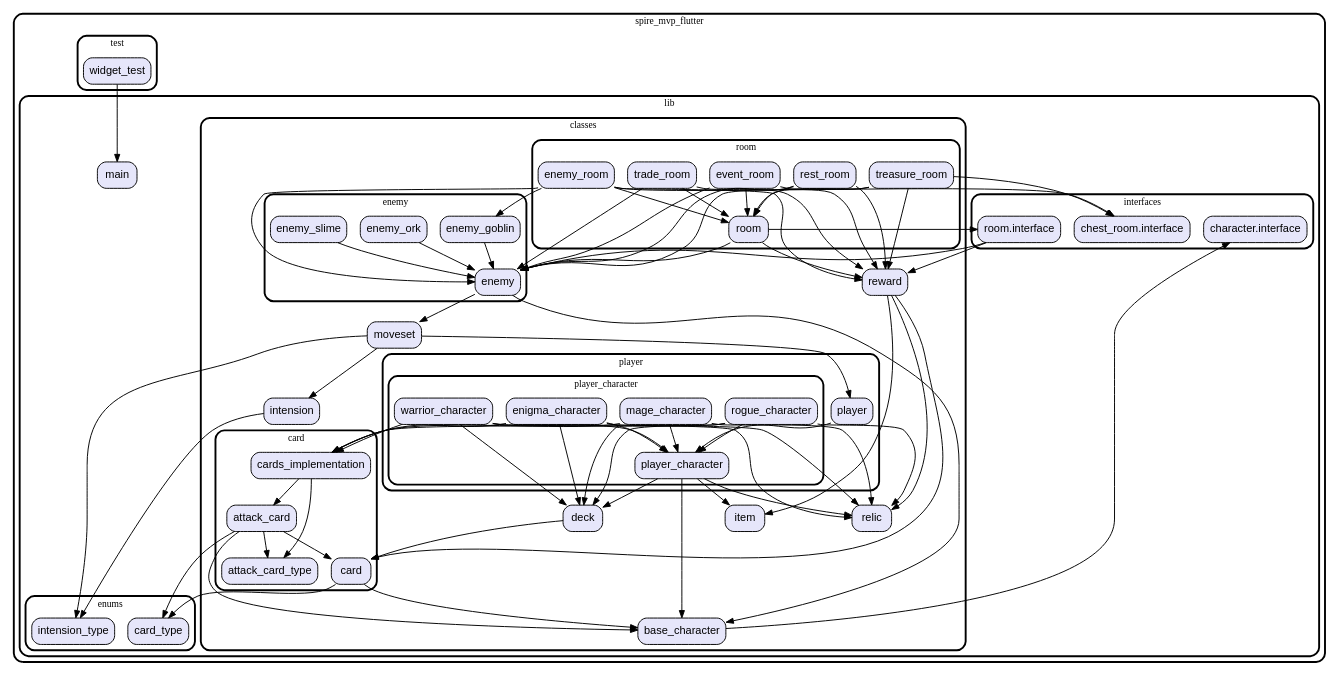
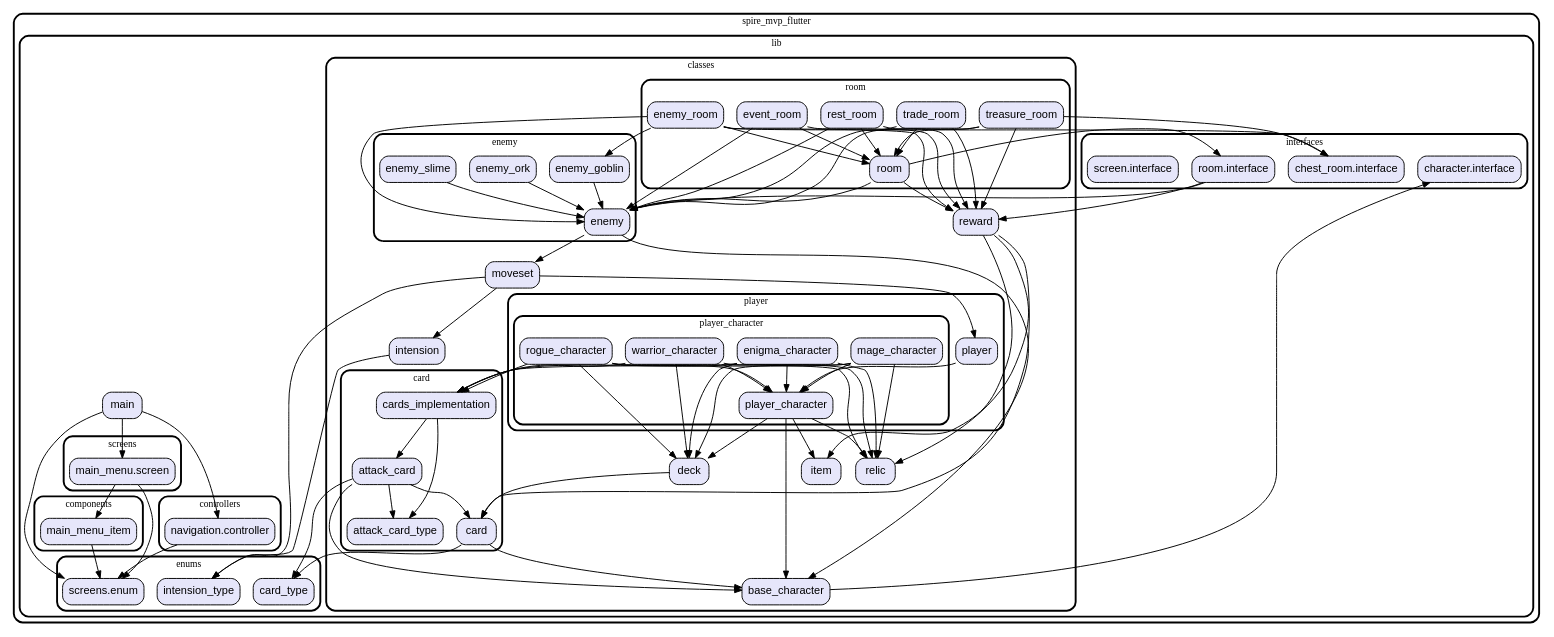
The diagram in spire_mvp_flutter/classes.dot (letier3110/mathpunk), drawn with Graphviz before and after one commit. The commit also changed 2 other files, not shown here.

Commit message:
update diagrams

```diff
--- a/spire_mvp_flutter/classes.dot
+++ b/spire_mvp_flutter/classes.dot
@@ -1,173 +1,193 @@
 digraph "" {
   graph [style=rounded fontname="Arial Black" fontsize=13 penwidth=2.6];
   node [shape=rect style="filled,rounded" fontname=Arial fontsize=15 fillcolor=Lavender penwidth=1.3];
   edge [penwidth=1.3];
   "/lib/classes/base_character.dart" [label="base_character"];
   "/lib/classes/card/attack_card.dart" [label="attack_card"];
   "/lib/classes/card/attack_card_type.dart" [label="attack_card_type"];
   "/lib/classes/card/card.dart" [label="card"];
   "/lib/classes/card/cards_implementation.dart" [label="cards_implementation"];
   "/lib/classes/deck.dart" [label="deck"];
   "/lib/classes/enemy/enemy.dart" [label="enemy"];
   "/lib/classes/enemy/enemy_goblin.dart" [label="enemy_goblin"];
   "/lib/classes/enemy/enemy_ork.dart" [label="enemy_ork"];
   "/lib/classes/enemy/enemy_slime.dart" [label="enemy_slime"];
   "/lib/classes/intension.dart" [label="intension"];
   "/lib/classes/item.dart" [label="item"];
   "/lib/classes/moveset.dart" [label="moveset"];
   "/lib/classes/player/player.dart" [label="player"];
   "/lib/classes/player/player_character/enigma_character.dart" [label="enigma_character"];
   "/lib/classes/player/player_character/mage_character.dart" [label="mage_character"];
   "/lib/classes/player/player_character/player_character.dart" [label="player_character"];
   "/lib/classes/player/player_character/rogue_character.dart" [label="rogue_character"];
   "/lib/classes/player/player_character/warrior_character.dart" [label="warrior_character"];
   "/lib/classes/relic.dart" [label="relic"];
   "/lib/classes/reward.dart" [label="reward"];
   "/lib/classes/room/enemy_room.dart" [label="enemy_room"];
   "/lib/classes/room/event_room.dart" [label="event_room"];
   "/lib/classes/room/rest_room.dart" [label="rest_room"];
   "/lib/classes/room/room.dart" [label="room"];
   "/lib/classes/room/trade_room.dart" [label="trade_room"];
   "/lib/classes/room/treasure_room.dart" [label="treasure_room"];
+  "/lib/components/main_menu_item.dart" [label="main_menu_item"];
+  "/lib/controllers/navigation.controller.dart" [label="navigation.controller"];
   "/lib/enums/card_type.dart" [label="card_type"];
   "/lib/enums/intension_type.dart" [label="intension_type"];
+  "/lib/enums/screens.enum.dart" [label="screens.enum"];
   "/lib/interfaces/character.interface.dart" [label="character.interface"];
   "/lib/interfaces/chest_room.interface.dart" [label="chest_room.interface"];
   "/lib/interfaces/room.interface.dart" [label="room.interface"];
+  "/lib/interfaces/screen.interface.dart" [label="screen.interface"];
   "/lib/main.dart" [label="main"];
-  "/test/widget_test.dart" [label="widget_test"];
+  "/lib/screens/main_menu.screen.dart" [label="main_menu.screen"];
   subgraph "cluster~" {
     label="spire_mvp_flutter";
     subgraph "cluster~/lib" {
       label="lib";
       "/lib/main.dart";
       subgraph "cluster~/lib/classes" {
         label="classes";
         "/lib/classes/base_character.dart";
         "/lib/classes/deck.dart";
         "/lib/classes/intension.dart";
         "/lib/classes/item.dart";
         "/lib/classes/moveset.dart";
         "/lib/classes/relic.dart";
         "/lib/classes/reward.dart";
         subgraph "cluster~/lib/classes/card" {
           label="card";
           "/lib/classes/card/attack_card.dart";
           "/lib/classes/card/attack_card_type.dart";
           "/lib/classes/card/card.dart";
           "/lib/classes/card/cards_implementation.dart";
         }
         subgraph "cluster~/lib/classes/enemy" {
           label="enemy";
           "/lib/classes/enemy/enemy.dart";
           "/lib/classes/enemy/enemy_goblin.dart";
           "/lib/classes/enemy/enemy_ork.dart";
           "/lib/classes/enemy/enemy_slime.dart";
         }
         subgraph "cluster~/lib/classes/player" {
           label="player";
           "/lib/classes/player/player.dart";
           subgraph "cluster~/lib/classes/player/player_character" {
             label="player_character";
             "/lib/classes/player/player_character/enigma_character.dart";
             "/lib/classes/player/player_character/mage_character.dart";
             "/lib/classes/player/player_character/player_character.dart";
             "/lib/classes/player/player_character/rogue_character.dart";
             "/lib/classes/player/player_character/warrior_character.dart";
           }
         }
         subgraph "cluster~/lib/classes/room" {
           label="room";
           "/lib/classes/room/enemy_room.dart";
           "/lib/classes/room/event_room.dart";
           "/lib/classes/room/rest_room.dart";
           "/lib/classes/room/room.dart";
           "/lib/classes/room/trade_room.dart";
           "/lib/classes/room/treasure_room.dart";
         }
       }
+      subgraph "cluster~/lib/components" {
+        label="components";
+        "/lib/components/main_menu_item.dart";
+      }
+      subgraph "cluster~/lib/controllers" {
+        label="controllers";
+        "/lib/controllers/navigation.controller.dart";
+      }
       subgraph "cluster~/lib/enums" {
         label="enums";
         "/lib/enums/card_type.dart";
         "/lib/enums/intension_type.dart";
+        "/lib/enums/screens.enum.dart";
       }
       subgraph "cluster~/lib/interfaces" {
         label="interfaces";
         "/lib/interfaces/character.interface.dart";
         "/lib/interfaces/chest_room.interface.dart";
         "/lib/interfaces/room.interface.dart";
+        "/lib/interfaces/screen.interface.dart";
       }
-    }
-    subgraph "cluster~/test" {
-      label="test";
-      "/test/widget_test.dart";
+      subgraph "cluster~/lib/screens" {
+        label="screens";
+        "/lib/screens/main_menu.screen.dart";
+      }
     }
   }
   "/lib/classes/base_character.dart" -> "/lib/interfaces/character.interface.dart";
   "/lib/classes/card/attack_card.dart" -> "/lib/classes/card/attack_card_type.dart";
   "/lib/classes/card/attack_card.dart" -> "/lib/classes/base_character.dart";
   "/lib/classes/card/attack_card.dart" -> "/lib/enums/card_type.dart";
   "/lib/classes/card/attack_card.dart" -> "/lib/classes/card/card.dart";
   "/lib/classes/card/card.dart" -> "/lib/classes/base_character.dart";
   "/lib/classes/card/card.dart" -> "/lib/enums/card_type.dart";
   "/lib/classes/card/cards_implementation.dart" -> "/lib/classes/card/attack_card.dart";
   "/lib/classes/card/cards_implementation.dart" -> "/lib/classes/card/attack_card_type.dart";
   "/lib/classes/deck.dart" -> "/lib/classes/card/card.dart";
   "/lib/classes/enemy/enemy.dart" -> "/lib/classes/base_character.dart";
   "/lib/classes/enemy/enemy.dart" -> "/lib/classes/moveset.dart";
   "/lib/classes/enemy/enemy_goblin.dart" -> "/lib/classes/enemy/enemy.dart";
   "/lib/classes/enemy/enemy_ork.dart" -> "/lib/classes/enemy/enemy.dart";
   "/lib/classes/enemy/enemy_slime.dart" -> "/lib/classes/enemy/enemy.dart";
   "/lib/classes/intension.dart" -> "/lib/enums/intension_type.dart";
   "/lib/classes/moveset.dart" -> "/lib/enums/intension_type.dart";
   "/lib/classes/moveset.dart" -> "/lib/classes/intension.dart";
   "/lib/classes/moveset.dart" -> "/lib/classes/player/player.dart";
   "/lib/classes/player/player.dart" -> "/lib/classes/player/player_character/player_character.dart";
   "/lib/classes/player/player_character/enigma_character.dart" -> "/lib/classes/card/cards_implementation.dart";
   "/lib/classes/player/player_character/enigma_character.dart" -> "/lib/classes/deck.dart";
   "/lib/classes/player/player_character/enigma_character.dart" -> "/lib/classes/relic.dart";
   "/lib/classes/player/player_character/enigma_character.dart" -> "/lib/classes/player/player_character/player_character.dart";
   "/lib/classes/player/player_character/mage_character.dart" -> "/lib/classes/card/cards_implementation.dart";
   "/lib/classes/player/player_character/mage_character.dart" -> "/lib/classes/deck.dart";
   "/lib/classes/player/player_character/mage_character.dart" -> "/lib/classes/relic.dart";
   "/lib/classes/player/player_character/mage_character.dart" -> "/lib/classes/player/player_character/player_character.dart";
   "/lib/classes/player/player_character/player_character.dart" -> "/lib/classes/deck.dart";
   "/lib/classes/player/player_character/player_character.dart" -> "/lib/classes/relic.dart";
   "/lib/classes/player/player_character/player_character.dart" -> "/lib/classes/item.dart";
   "/lib/classes/player/player_character/player_character.dart" -> "/lib/classes/base_character.dart";
   "/lib/classes/player/player_character/rogue_character.dart" -> "/lib/classes/card/cards_implementation.dart";
   "/lib/classes/player/player_character/rogue_character.dart" -> "/lib/classes/deck.dart";
   "/lib/classes/player/player_character/rogue_character.dart" -> "/lib/classes/relic.dart";
   "/lib/classes/player/player_character/rogue_character.dart" -> "/lib/classes/player/player_character/player_character.dart";
   "/lib/classes/player/player_character/warrior_character.dart" -> "/lib/classes/card/cards_implementation.dart";
   "/lib/classes/player/player_character/warrior_character.dart" -> "/lib/classes/deck.dart";
   "/lib/classes/player/player_character/warrior_character.dart" -> "/lib/classes/relic.dart";
   "/lib/classes/player/player_character/warrior_character.dart" -> "/lib/classes/player/player_character/player_character.dart";
   "/lib/classes/reward.dart" -> "/lib/classes/relic.dart";
   "/lib/classes/reward.dart" -> "/lib/classes/item.dart";
   "/lib/classes/reward.dart" -> "/lib/classes/card/card.dart";
   "/lib/classes/room/enemy_room.dart" -> "/lib/interfaces/chest_room.interface.dart";
   "/lib/classes/room/enemy_room.dart" -> "/lib/classes/enemy/enemy_goblin.dart";
   "/lib/classes/room/enemy_room.dart" -> "/lib/classes/enemy/enemy.dart";
   "/lib/classes/room/enemy_room.dart" -> "/lib/classes/reward.dart";
   "/lib/classes/room/enemy_room.dart" -> "/lib/classes/room/room.dart";
   "/lib/classes/room/event_room.dart" -> "/lib/classes/enemy/enemy.dart";
   "/lib/classes/room/event_room.dart" -> "/lib/classes/reward.dart";
   "/lib/classes/room/event_room.dart" -> "/lib/classes/room/room.dart";
   "/lib/classes/room/rest_room.dart" -> "/lib/classes/enemy/enemy.dart";
   "/lib/classes/room/rest_room.dart" -> "/lib/classes/reward.dart";
   "/lib/classes/room/rest_room.dart" -> "/lib/classes/room/room.dart";
   "/lib/classes/room/room.dart" -> "/lib/interfaces/room.interface.dart";
   "/lib/classes/room/room.dart" -> "/lib/classes/enemy/enemy.dart";
   "/lib/classes/room/room.dart" -> "/lib/classes/reward.dart";
   "/lib/classes/room/trade_room.dart" -> "/lib/classes/enemy/enemy.dart";
   "/lib/classes/room/trade_room.dart" -> "/lib/classes/reward.dart";
   "/lib/classes/room/trade_room.dart" -> "/lib/classes/room/room.dart";
   "/lib/classes/room/treasure_room.dart" -> "/lib/interfaces/chest_room.interface.dart";
   "/lib/classes/room/treasure_room.dart" -> "/lib/classes/enemy/enemy.dart";
   "/lib/classes/room/treasure_room.dart" -> "/lib/classes/reward.dart";
   "/lib/classes/room/treasure_room.dart" -> "/lib/classes/room/room.dart";
+  "/lib/components/main_menu_item.dart" -> "/lib/enums/screens.enum.dart";
+  "/lib/controllers/navigation.controller.dart" -> "/lib/enums/screens.enum.dart";
   "/lib/interfaces/room.interface.dart" -> "/lib/classes/enemy/enemy.dart";
   "/lib/interfaces/room.interface.dart" -> "/lib/classes/reward.dart";
-  "/test/widget_test.dart" -> "/lib/main.dart";
+  "/lib/main.dart" -> "/lib/screens/main_menu.screen.dart";
+  "/lib/main.dart" -> "/lib/controllers/navigation.controller.dart";
+  "/lib/main.dart" -> "/lib/enums/screens.enum.dart";
+  "/lib/screens/main_menu.screen.dart" -> "/lib/components/main_menu_item.dart";
+  "/lib/screens/main_menu.screen.dart" -> "/lib/enums/screens.enum.dart";
 }
```
